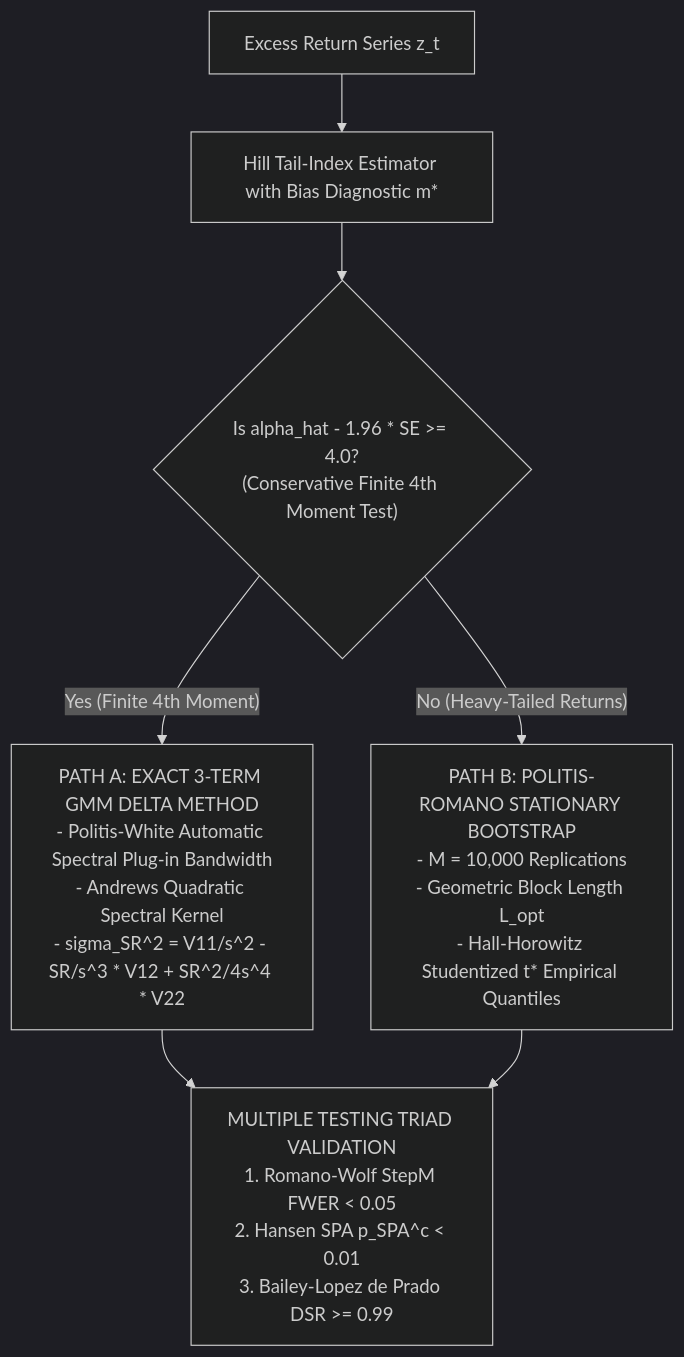
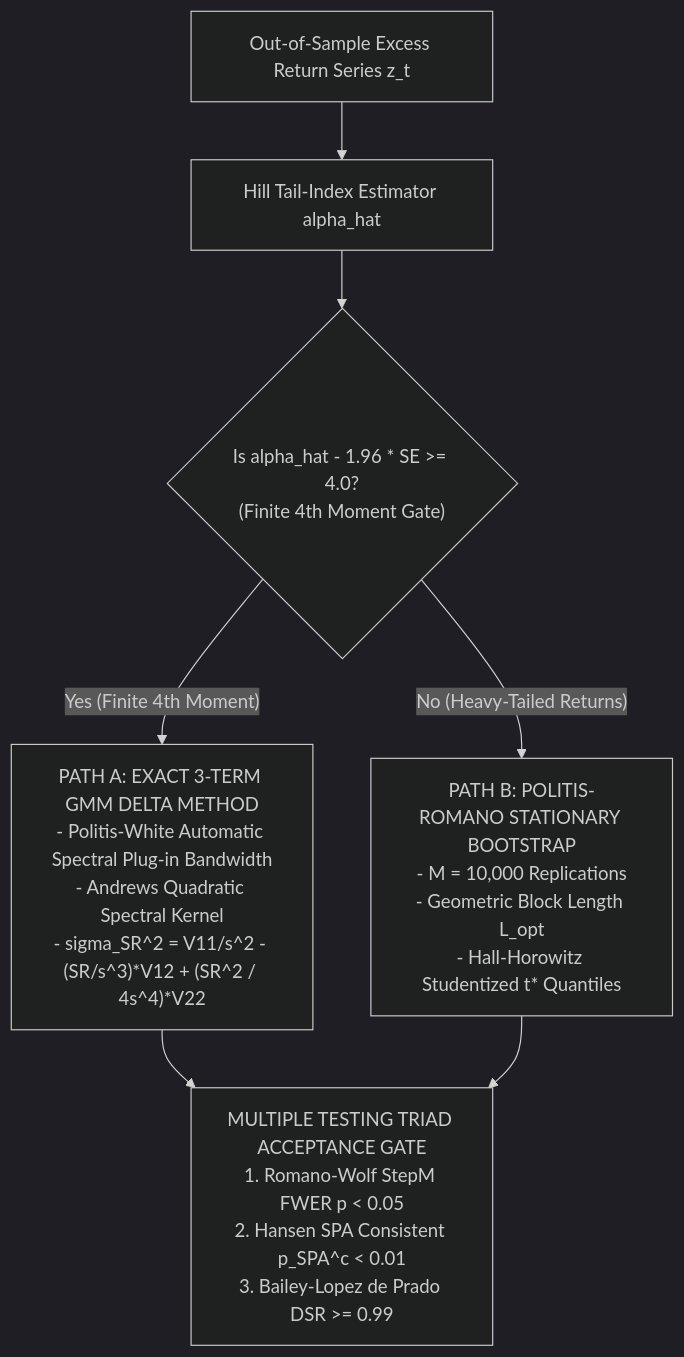
One commit to 2k25it2514261-cloud/alphaniti changed the fourth of 4 diagrams in README.md. Above: the diagram before and after it, drawn with Mermaid (dark theme). The commit also changed other lines of this file and 2 other files, not shown here.

````diff
--- a/README.md
+++ b/README.md
@@ -554,12 +483,11 @@
 ```mermaid
 flowchart TD
-    R["Excess Return Series z_t"] --> Hill["Hill Tail-Index Estimator with Bias Diagnostic m*"]
-    Hill --> Gate{"Is alpha_hat - 1.96 * SE >= 4.0?<br/>(Conservative Finite 4th Moment Test)"}
+    R["Out-of-Sample Excess Return Series z_t"] --> Hill["Hill Tail-Index Estimator alpha_hat"]
+    Hill --> Gate{"Is alpha_hat - 1.96 * SE >= 4.0?<br/>(Finite 4th Moment Gate)"}
     
-    Gate -->|"Yes (Finite 4th Moment)"| PathA["PATH A: EXACT 3-TERM GMM DELTA METHOD<br/>- Politis-White Automatic Spectral Plug-in Bandwidth<br/>- Andrews Quadratic Spectral Kernel<br/>- sigma_SR^2 = V11/s^2 - SR/s^3 * V12 + SR^2/4s^4 * V22"]
+    Gate -->|"Yes (Finite 4th Moment)"| PathA["PATH A: EXACT 3-TERM GMM DELTA METHOD<br/>- Politis-White Automatic Spectral Plug-in Bandwidth<br/>- Andrews Quadratic Spectral Kernel<br/>- sigma_SR^2 = V11/s^2 - (SR/s^3)*V12 + (SR^2 / 4s^4)*V22"]
     
-    Gate -->|"No (Heavy-Tailed Returns)"| PathB["PATH B: POLITIS-ROMANO STATIONARY BOOTSTRAP<br/>- M = 10,000 Replications<br/>- Geometric Block Length L_opt<br/>- Hall-Horowitz Studentized t* Empirical Quantiles"]
+    Gate -->|"No (Heavy-Tailed Returns)"| PathB["PATH B: POLITIS-ROMANO STATIONARY BOOTSTRAP<br/>- M = 10,000 Replications<br/>- Geometric Block Length L_opt<br/>- Hall-Horowitz Studentized t* Quantiles"]
     
-    PathA --> Triad["MULTIPLE TESTING TRIAD VALIDATION<br/>1. Romano-Wolf StepM FWER < 0.05<br/>2. Hansen SPA p_SPA^c < 0.01<br/>3. Bailey-Lopez de Prado DSR >= 0.99"]
-    PathB --> Triad
+    PathA & PathB --> Triad["MULTIPLE TESTING TRIAD ACCEPTANCE GATE<br/>1. Romano-Wolf StepM FWER p < 0.05<br/>2. Hansen SPA Consistent p_SPA^c < 0.01<br/>3. Bailey-Lopez de Prado DSR >= 0.99"]
 ```
````
